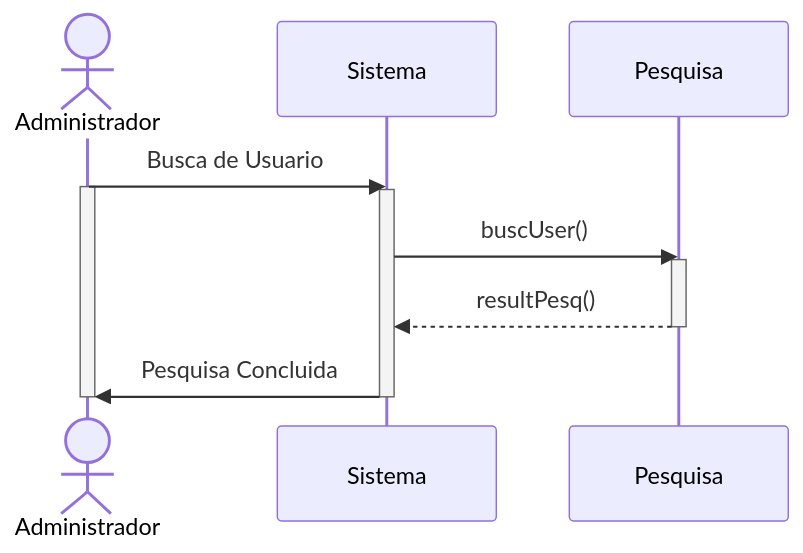
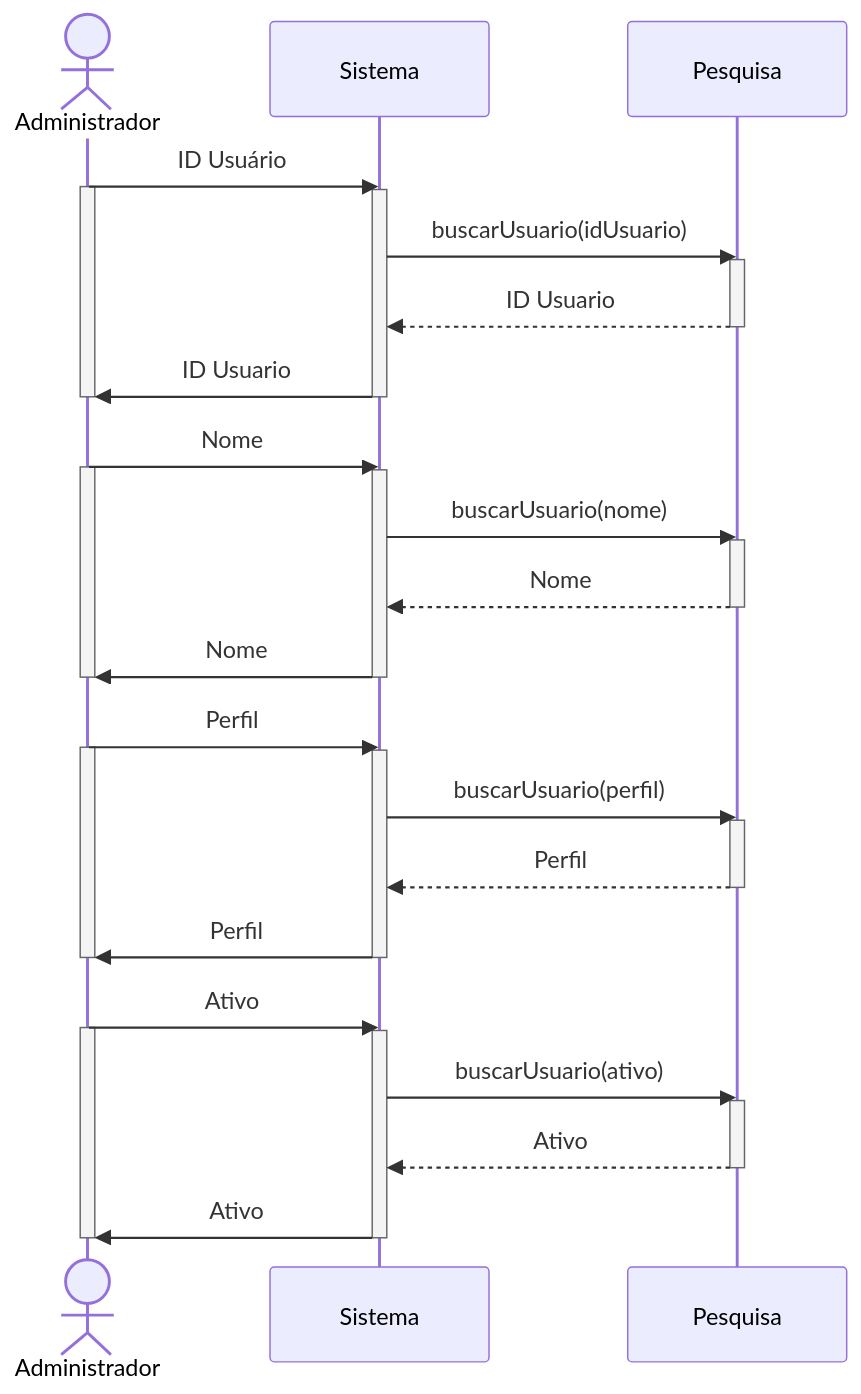
Before and after one commit to branqsMRP/SequenceDiagram: the diagram in DiagramaSequencia/Usuário/PesquisaUsuario.md, drawn with Mermaid.

Commit message:
Commit 2.1

`````diff
--- a/DiagramaSequencia/Usuário/PesquisaUsuario.md
+++ b/DiagramaSequencia/Usuário/PesquisaUsuario.md
@@ -1,20 +1,67 @@
 ````mermaid
 sequenceDiagram
 
     actor A as Administrador
     participant S as Sistema
     participant P as Pesquisa
 
-    A->>S: Busca de Usuario
+    % pesquisa por ID 
+
+    A->>S: ID Usuário
     activate A
     activate S
 
-    S->>P: buscUser()
+    S->>P: buscarUsuario(idUsuario)
     activate P
-    P-->>S: resultPesq()
+    P-->>S: ID Usuario
     deactivate P
 
-    S->>A: Pesquisa Concluida
+    S->>A: ID Usuario
+    deactivate S
+    deactivate A
+
+    % pesquisa por nome
+
+    A->>S: Nome
+    activate A
+    activate S
+
+    S->>P: buscarUsuario(nome)
+    activate P
+    P-->>S: Nome
+    deactivate P
+
+    S->>A: Nome
+    deactivate S
+    deactivate A
+
+    % pesquisa por perfil 
+
+    A->>S: Perfil
+    activate A
+    activate S
+
+    S->>P: buscarUsuario(perfil)
+    activate P
+    P-->>S: Perfil
+    deactivate P
+
+    S->>A: Perfil
+    deactivate S
+    deactivate A
+
+    % pesquisa por ativo
+
+    A->>S: Ativo
+    activate A
+    activate S
+
+    S->>P: buscarUsuario(ativo)
+    activate P
+    P-->>S: Ativo
+    deactivate P
+
+    S->>A: Ativo
     deactivate S
     deactivate A
 ````
`````
